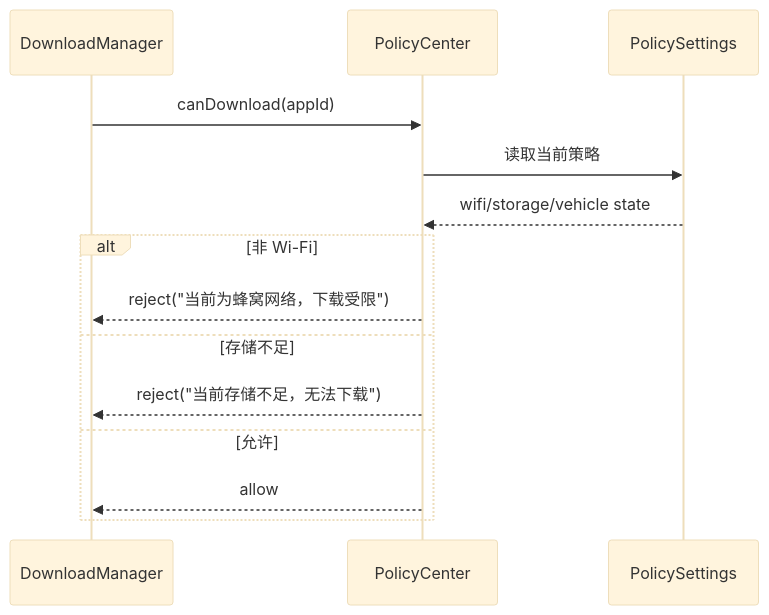
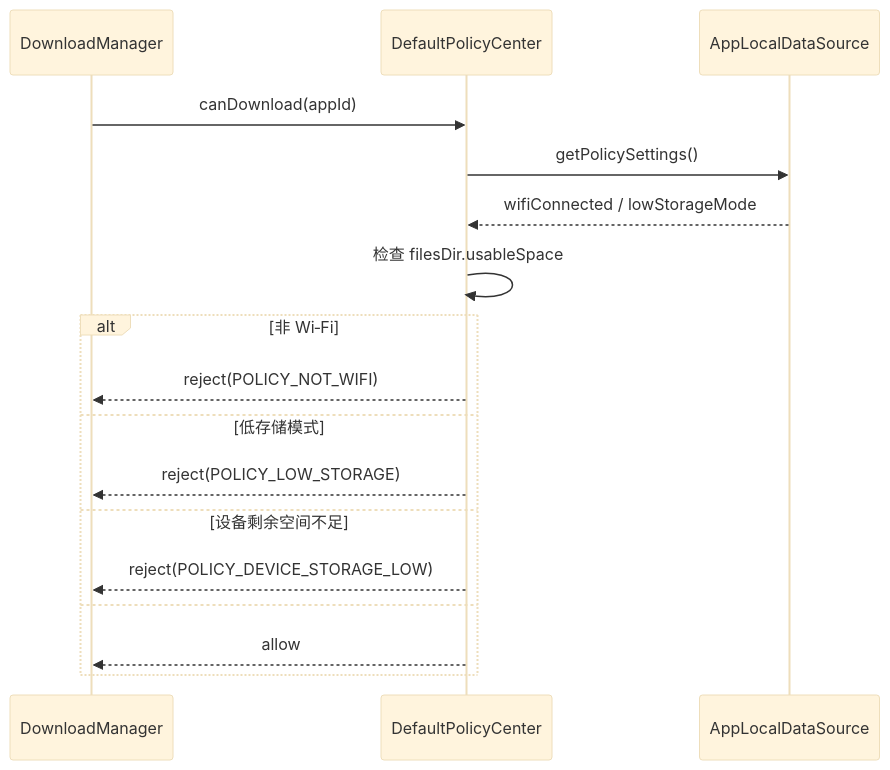
Before and after one commit to XZQ/CarAppStore: the third of 4 diagrams in docs/13-策略中心架构与流程.md, drawn with Mermaid (base theme). The commit also changed other lines of this file and 35 other files, not shown here.

Commit message:
Docs: reorganize architecture docs and handoff guide

````diff
--- a/docs/13-策略中心架构与流程.md
+++ b/docs/13-策略中心架构与流程.md
@@ -74,18 +88,21 @@
 ```mermaid
 sequenceDiagram
 participant DM as DownloadManager
-participant PC as PolicyCenter
-participant SET as PolicySettings
+participant PC as DefaultPolicyCenter
+participant LOCAL as AppLocalDataSource
 
 DM->>PC: canDownload(appId)
-PC->>SET: 读取当前策略
-SET-->>PC: wifi/storage/vehicle state
+PC->>LOCAL: getPolicySettings()
+LOCAL-->>PC: wifiConnected / lowStorageMode
+PC->>PC: 检查 filesDir.usableSpace
 
-alt 非 Wi-Fi
-    PC-->>DM: reject("当前为蜂窝网络，下载受限")
-else 存储不足
-    PC-->>DM: reject("当前存储不足，无法下载")
-else 允许
+alt 非 Wi‑Fi
+    PC-->>DM: reject(POLICY_NOT_WIFI)
+else 低存储模式
+    PC-->>DM: reject(POLICY_LOW_STORAGE)
+else 设备剩余空间不足
+    PC-->>DM: reject(POLICY_DEVICE_STORAGE_LOW)
+else
     PC-->>DM: allow
 end
 ```
````
